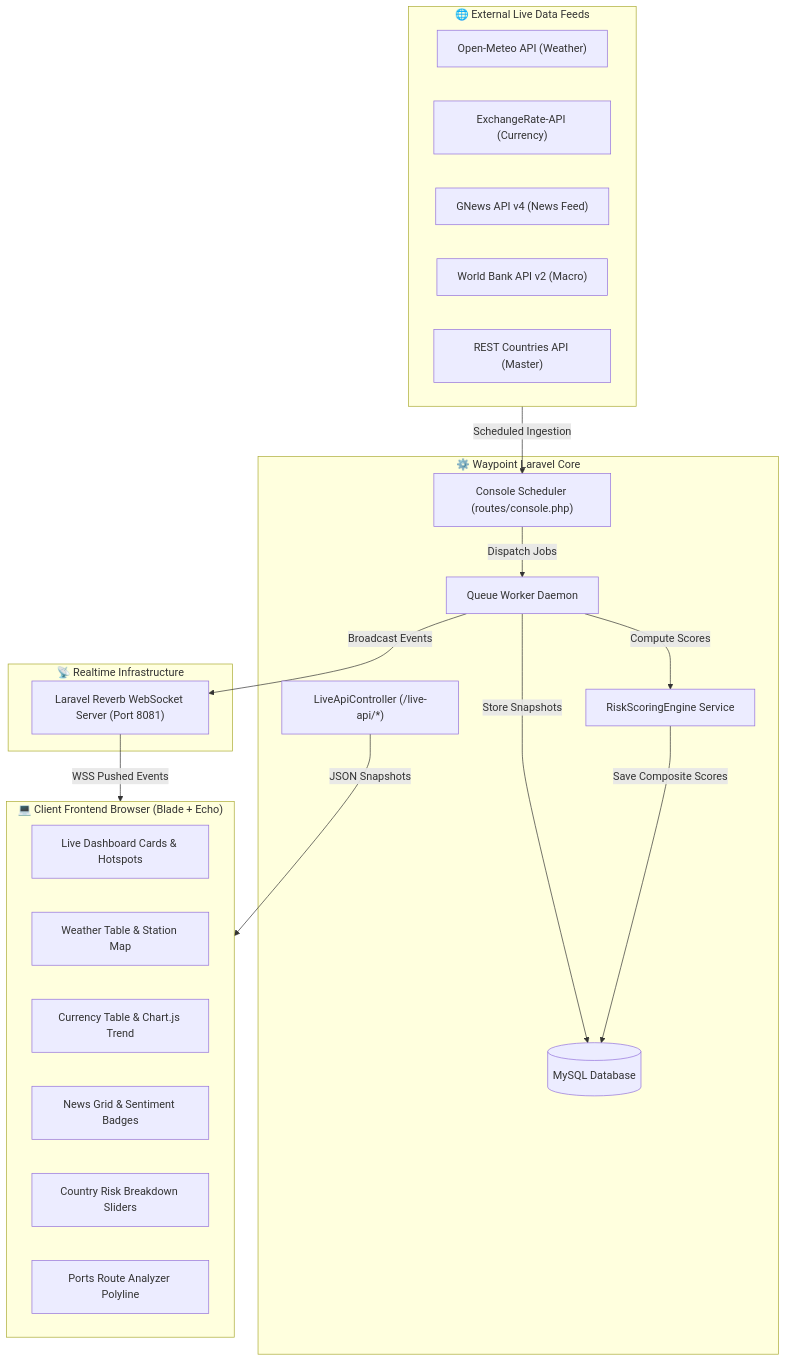
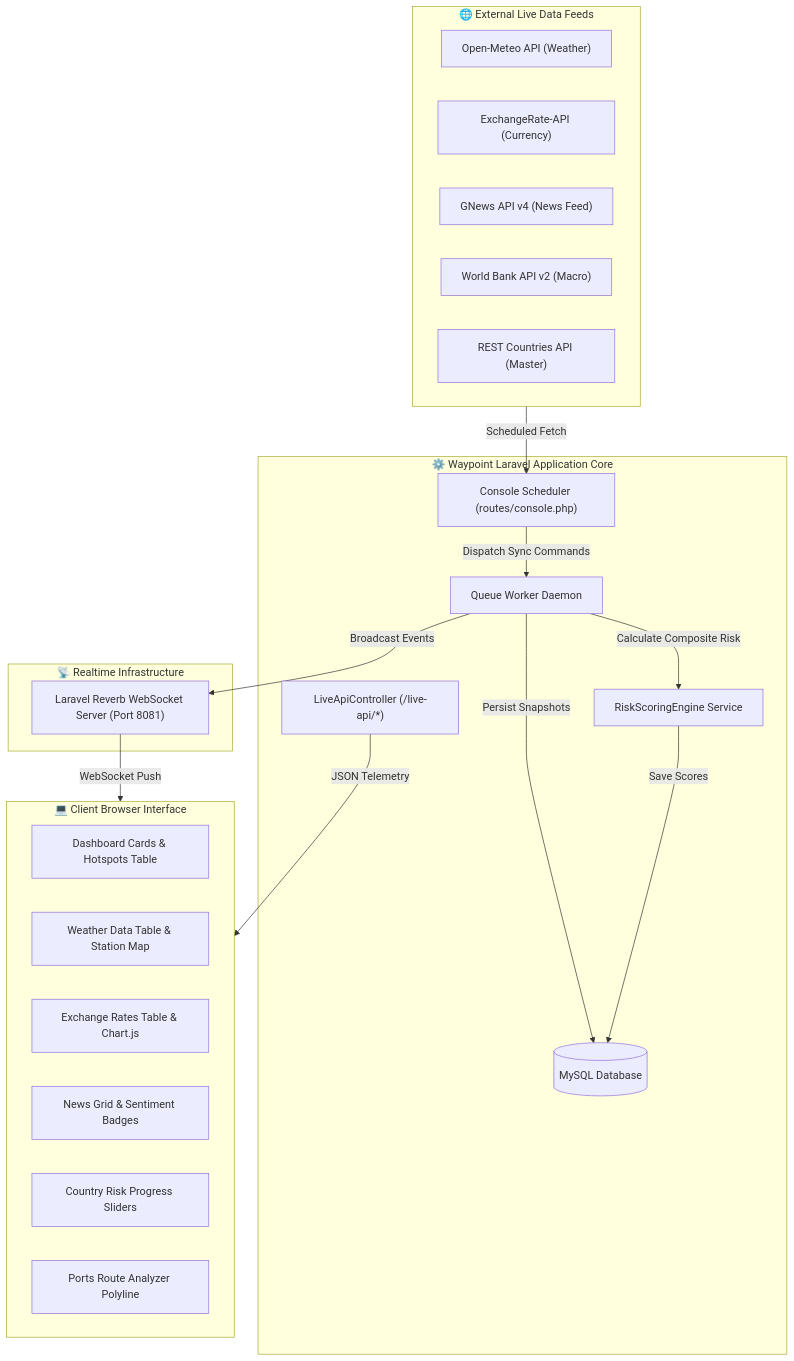
Before and after one commit to RifqiAqil-ops/global-supply: the diagram in README.md, drawn with Mermaid. The commit also changed other lines of this file, not shown here.

````diff
--- a/README.md
+++ b/README.md
@@ -112,41 +155,41 @@
 ```mermaid
 flowchart TD
     subgraph External_APIs["🌐 External Live Data Feeds"]
         OM["Open-Meteo API (Weather)"]
         ER["ExchangeRate-API (Currency)"]
         GN["GNews API v4 (News Feed)"]
         WB["World Bank API v2 (Macro)"]
         RC["REST Countries API (Master)"]
     end
 
-    subgraph Backend["⚙️ Waypoint Laravel Core"]
+    subgraph Backend["⚙️ Waypoint Laravel Application Core"]
         Cron["Console Scheduler (routes/console.php)"]
         Jobs["Queue Worker Daemon"]
         LiveAPI["LiveApiController (/live-api/*)"]
         RiskEngine["RiskScoringEngine Service"]
         DB[(MySQL Database)]
     end
 
     subgraph Realtime["📡 Realtime Infrastructure"]
         Reverb["Laravel Reverb WebSocket Server (Port 8081)"]
     end
 
-    subgraph Client_UI["💻 Client Frontend Browser (Blade + Echo)"]
-        DashboardUI["Live Dashboard Cards & Hotspots"]
-        WeatherUI["Weather Table & Station Map"]
-        CurrencyUI["Currency Table & Chart.js Trend"]
+    subgraph Client_UI["💻 Client Browser Interface"]
+        DashboardUI["Dashboard Cards & Hotspots Table"]
+        WeatherUI["Weather Data Table & Station Map"]
+        CurrencyUI["Exchange Rates Table & Chart.js"]
         NewsUI["News Grid & Sentiment Badges"]
-        RiskUI["Country Risk Breakdown Sliders"]
+        RiskUI["Country Risk Progress Sliders"]
         PortsUI["Ports Route Analyzer Polyline"]
     end
 
-    External_APIs -->|Scheduled Ingestion| Cron
-    Cron -->|Dispatch Jobs| Jobs
-    Jobs -->|Store Snapshots| DB
-    Jobs -->|Compute Scores| RiskEngine
-    RiskEngine -->|Save Composite Scores| DB
+    External_APIs -->|Scheduled Fetch| Cron
+    Cron -->|Dispatch Sync Commands| Jobs
+    Jobs -->|Persist Snapshots| DB
+    Jobs -->|Calculate Composite Risk| RiskEngine
+    RiskEngine -->|Save Scores| DB
 
     Jobs -->|Broadcast Events| Reverb
-    LiveAPI -->|JSON Snapshots| Client_UI
-    Reverb -->|WSS Pushed Events| Client_UI
+    LiveAPI -->|JSON Telemetry| Client_UI
+    Reverb -->|WebSocket Push| Client_UI
 ```
````
